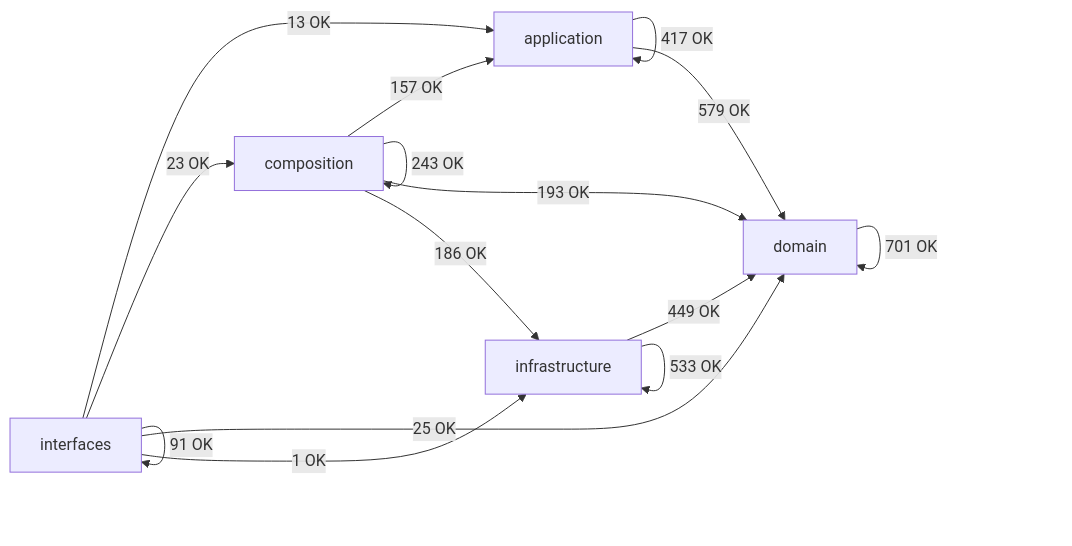
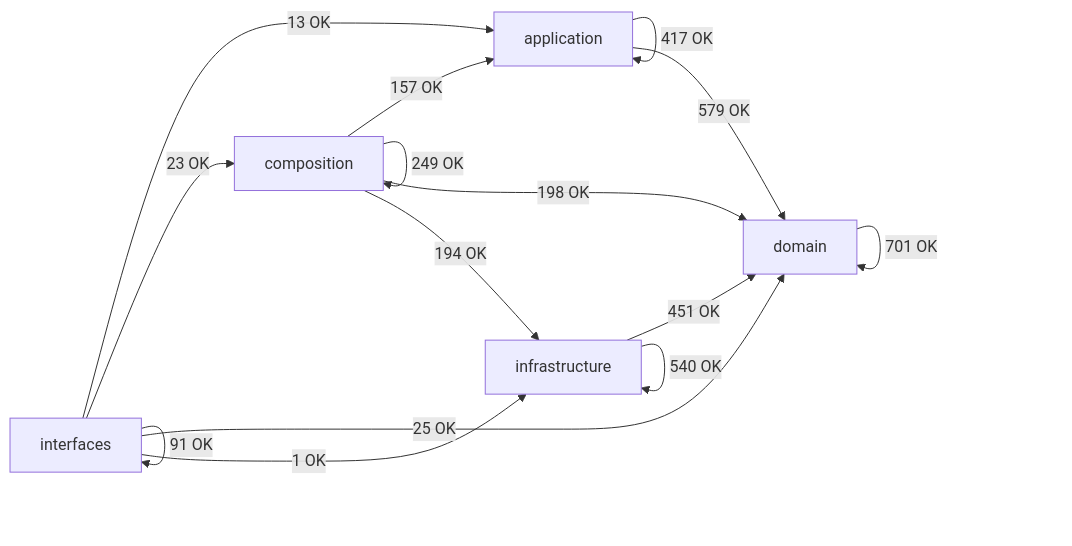
The diagram in docs/02-architecture/generated/module-dependency-map.md (SatoryKono/BioactivityDataAcquisition), drawn with Mermaid before and after one commit. The commit also changed other lines of this file and 12 other files, not shown here.

First line of the commit message:
refactor(metrics): reduce size and complexity of architecture metric exemptions configuration

````diff
--- a/docs/02-architecture/generated/module-dependency-map.md
+++ b/docs/02-architecture/generated/module-dependency-map.md
@@ -15,22 +15,22 @@
 ```mermaid
 flowchart LR
     domain[domain]
     application[application]
     infrastructure[infrastructure]
     composition[composition]
     interfaces[interfaces]
     application -->|417 OK| application
     application -->|579 OK| domain
     composition -->|157 OK| application
-    composition -->|243 OK| composition
-    composition -->|193 OK| domain
-    composition -->|186 OK| infrastructure
+    composition -->|249 OK| composition
+    composition -->|198 OK| domain
+    composition -->|194 OK| infrastructure
     domain -->|701 OK| domain
-    infrastructure -->|449 OK| domain
-    infrastructure -->|533 OK| infrastructure
+    infrastructure -->|451 OK| domain
+    infrastructure -->|540 OK| infrastructure
     interfaces -->|13 OK| application
     interfaces -->|23 OK| composition
     interfaces -->|25 OK| domain
     interfaces -->|1 OK| infrastructure
     interfaces -->|91 OK| interfaces
 ```
````
